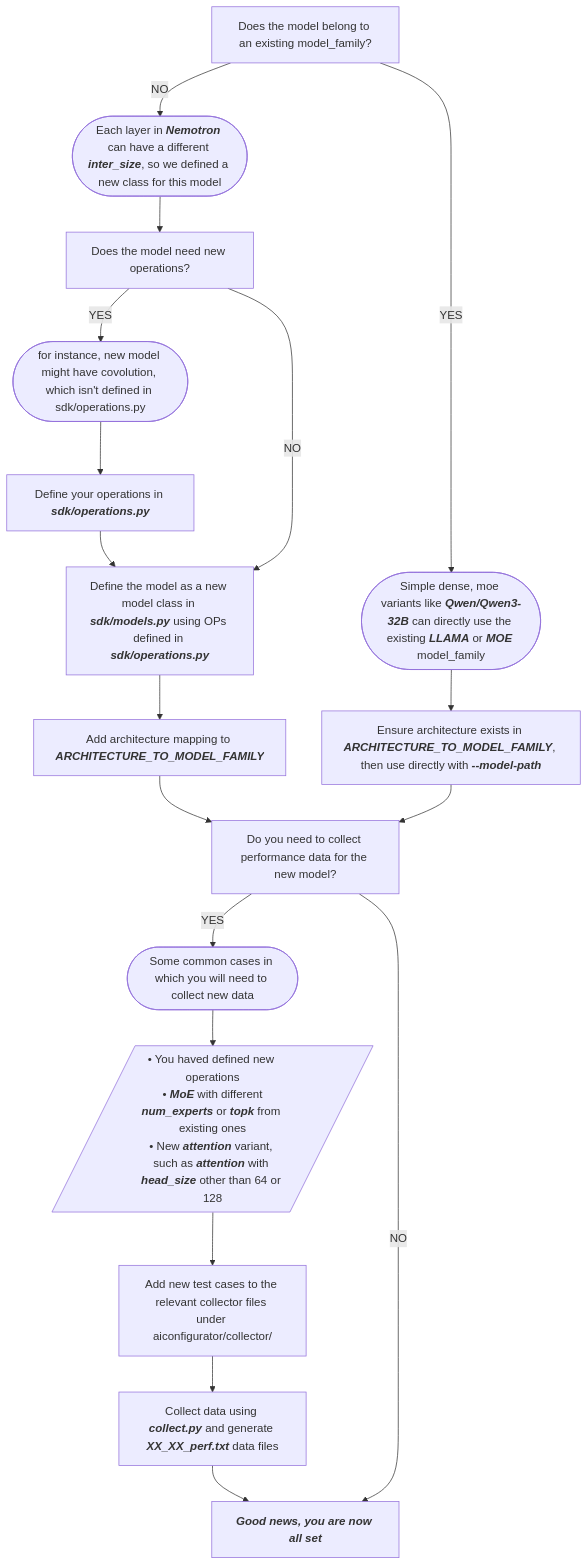
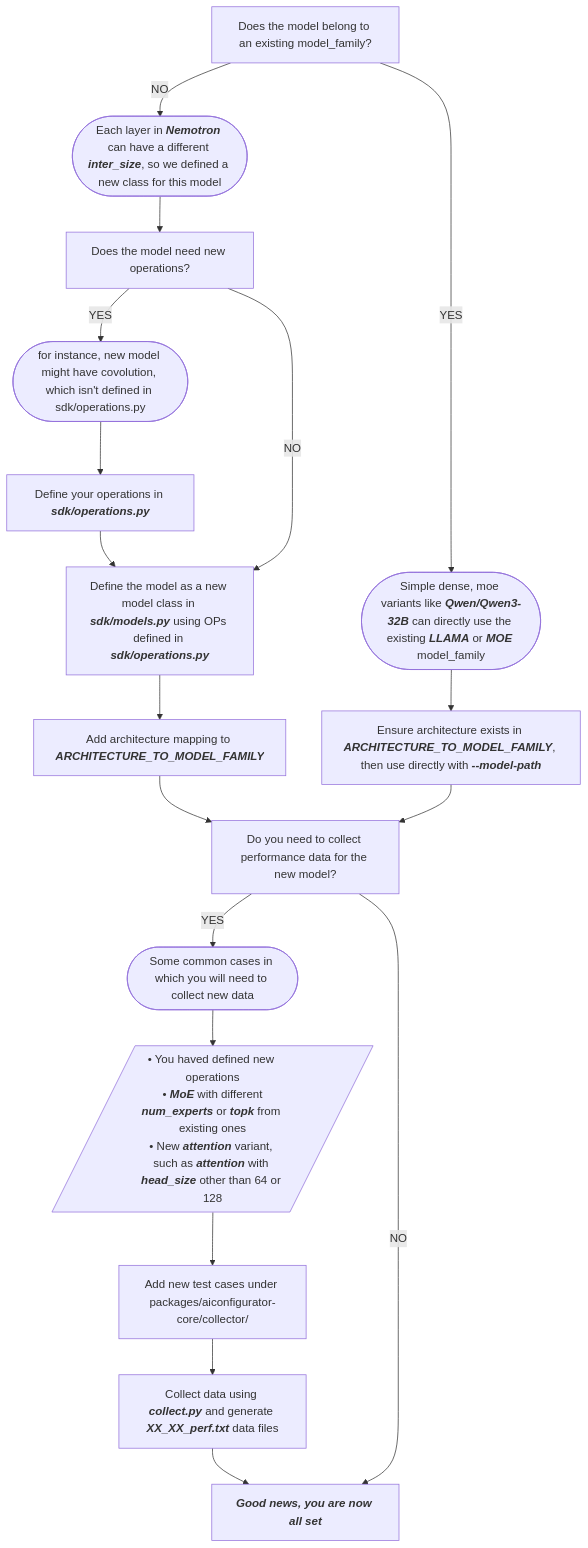
One commit to ai-dynamo/aiconfigurator changed the diagram in docs/add_a_new_model.md. Above: the diagram before and after it, drawn with Mermaid. The commit also changed other lines of this file and 1450 other files, not shown here.

````diff
--- a/docs/add_a_new_model.md
+++ b/docs/add_a_new_model.md
@@ -138,21 +138,21 @@
 ```mermaid
 flowchart TD
     A[Does the model belong to an existing model_family?]
     A --> |YES| B([Simple dense, moe variants like <i><b>Qwen/Qwen3-32B</b></i> can directly use the existing <i><b>LLAMA</b></i> or <i><b>MOE</b></i> model_family])
     B --> C[Ensure architecture exists in <i><b>ARCHITECTURE_TO_MODEL_FAMILY</b></i>, then use directly with <i><b>--model-path</b></i>]
     A --> |NO| D([Each layer in <i><b>Nemotron</b></i> can have a different <i><b>inter_size</b></i>, so we defined a new class for this model])
     D --> E[Does the model need new operations?]
     E --> |YES| F([for instance, new model might have covolution, which isn't defined in sdk/operations.py])
     F --> G[Define your operations in <b><i>sdk/operations.py</b></i>]
     G --> H[Define the model as a new model class in <i><b>sdk/models.py</b></i> using OPs defined in <i><b>sdk/operations.py</b></i>]
     E --> |NO|H
     H --> i[Add architecture mapping to <i><b>ARCHITECTURE_TO_MODEL_FAMILY</b></i>]
     i --> j[Do you need to collect performance data for the new model?]
     C --> j
     j --> |YES|K([Some common cases in which you will need to collect new data])
     K --> L[/• You haved defined new operations<br/> • <i><b>MoE</b></i> with different <i><b>num_experts</b></i> or <i><b>topk</b></i> from existing ones<br/>• New <i><b>attention</b></i> variant, such as <b><i>attention</b></i> with <b><i>head_size</b></i> other than 64 or 128/]
-    L --> M[Add new test cases to the relevant collector files under aiconfigurator/collector/]
+    L --> M[Add new test cases under packages/aiconfigurator-core/collector/]
     M --> N[Collect data using <i><b>collect.py</b></i> and generate <i><b>XX_XX_perf.txt</b></i> data files]
     N --> Z
     j --> |NO|Z[<i><b>Good news, you are now all set</b></i>]
 ```
````
